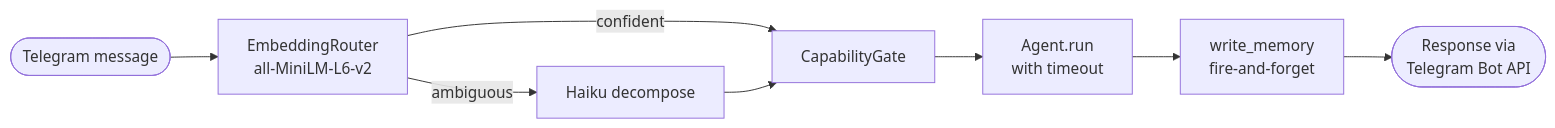
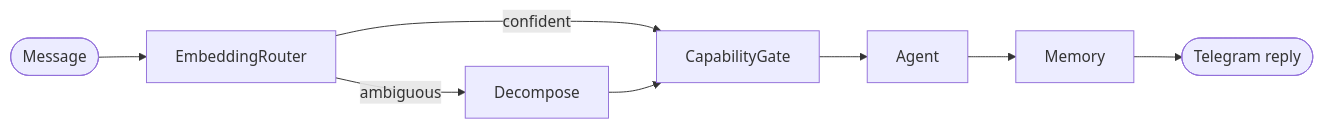
The diagram in README.md (joaoajmatos/ze), drawn with Mermaid before and after one commit. The commit also changed other lines of this file, not shown here.

````diff
--- a/README.md
+++ b/README.md
@@ -162,10 +63,10 @@
 ```mermaid
 flowchart LR
-    A([Telegram message]) --> B[EmbeddingRouter\nall-MiniLM-L6-v2]
+    A([Message]) --> B[EmbeddingRouter]
     B -->|confident| C[CapabilityGate]
-    B -->|ambiguous| D[Haiku decompose]
+    B -->|ambiguous| D[Decompose]
     D --> C
-    C --> E[Agent.run\nwith timeout]
-    E --> F[write_memory\nfire-and-forget]
-    F --> G([Response via\nTelegram Bot API])
+    C --> E[Agent]
+    E --> F[Memory]
+    F --> G([Telegram reply])
 ```
````
